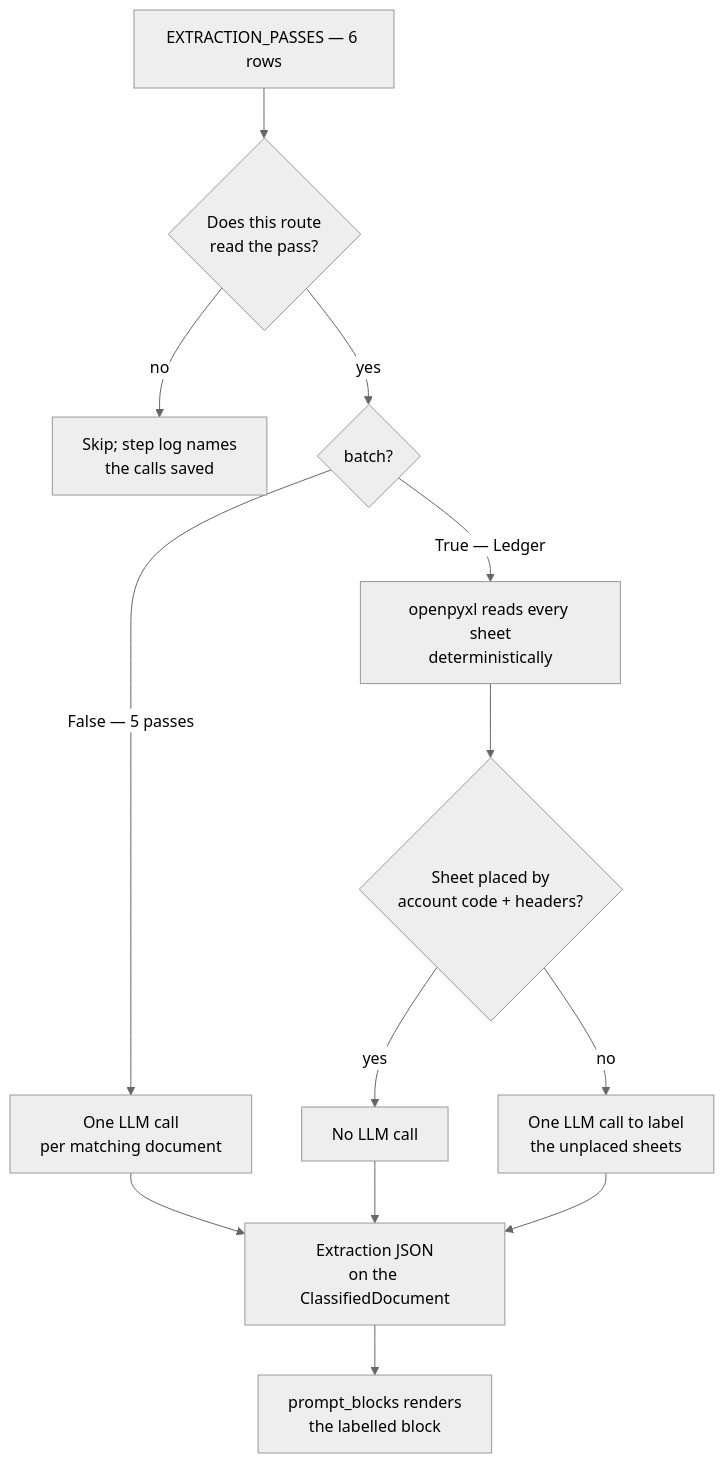
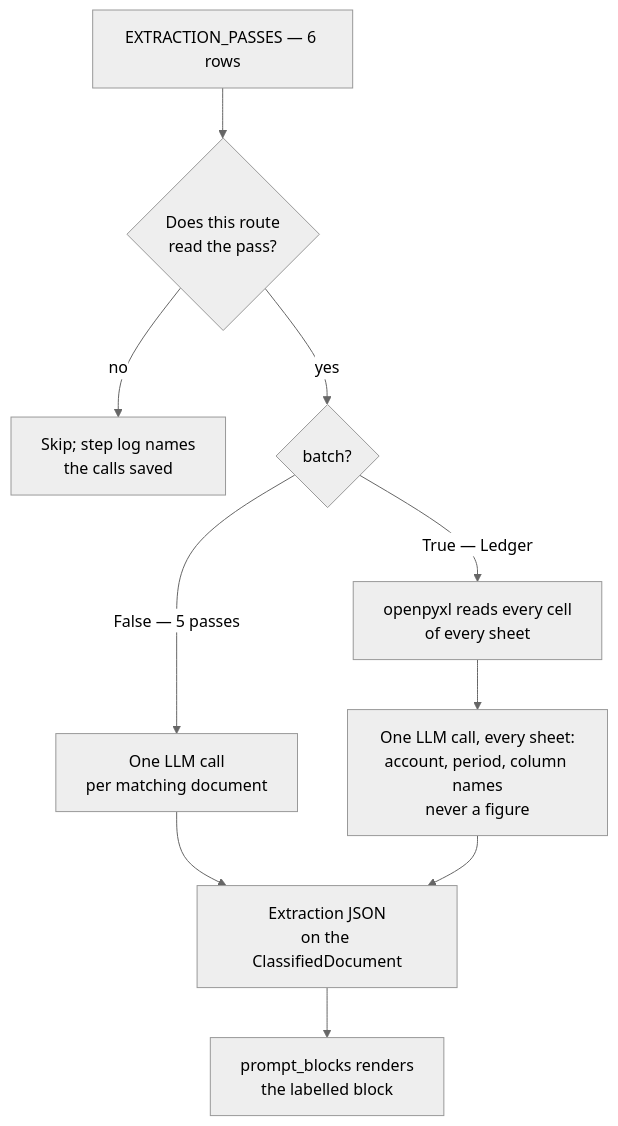
One commit to hodongtu/SME-creditmemo-multi-agent changed the eighth of 11 diagrams in docs/technical-solution.md. Above: the diagram before and after it, drawn with Mermaid (neutral theme). The commit also changed other lines of this file and 2 other files, not shown here.

````diff
--- a/docs/technical-solution.md
+++ b/docs/technical-solution.md
@@ -494,15 +494,12 @@
 ```mermaid
 flowchart TD
     A["EXTRACTION_PASSES — 6 rows"] --> B{"Does this route<br/>read the pass?"}
     B -->|no| C["Skip; step log names<br/>the calls saved"]
     B -->|yes| D{"batch?"}
     D -->|"False — 5 passes"| E["One LLM call<br/>per matching document"]
-    D -->|"True — Ledger"| F["openpyxl reads every sheet<br/>deterministically"]
-    F --> G{"Sheet placed by<br/>account code + headers?"}
-    G -->|yes| H["No LLM call"]
-    G -->|no| I["One LLM call to label<br/>the unplaced sheets"]
+    D -->|"True — Ledger"| F["openpyxl reads every cell<br/>of every sheet"]
+    F --> I["One LLM call, every sheet:<br/>account, period, column names<br/>never a figure"]
     E --> J["Extraction JSON<br/>on the ClassifiedDocument"]
-    H --> J
     I --> J
     J --> K["prompt_blocks renders<br/>the labelled block"]
 ```
````
